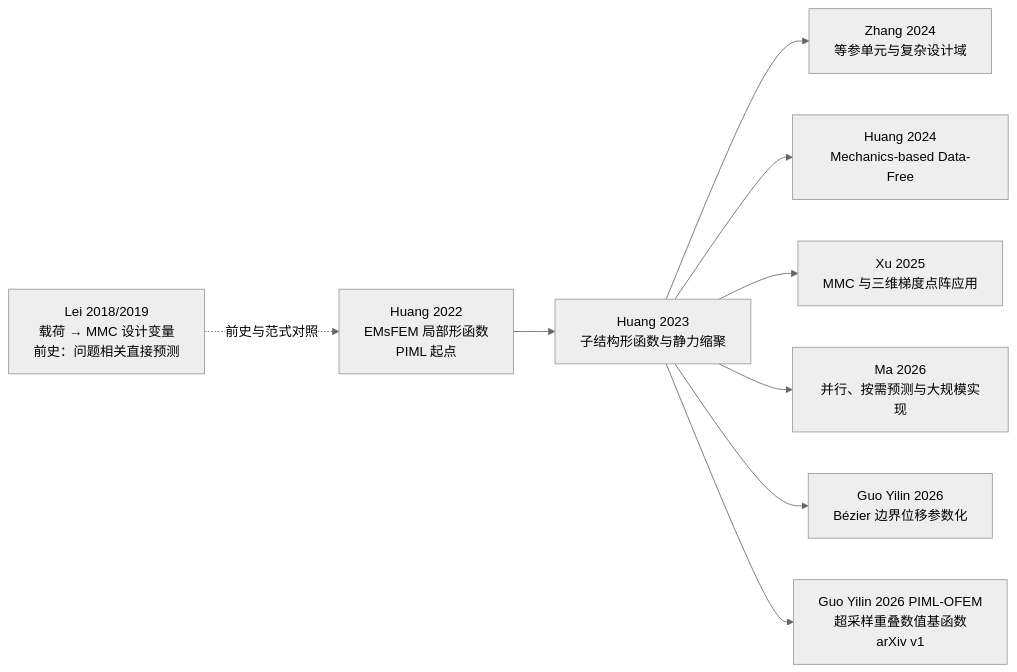
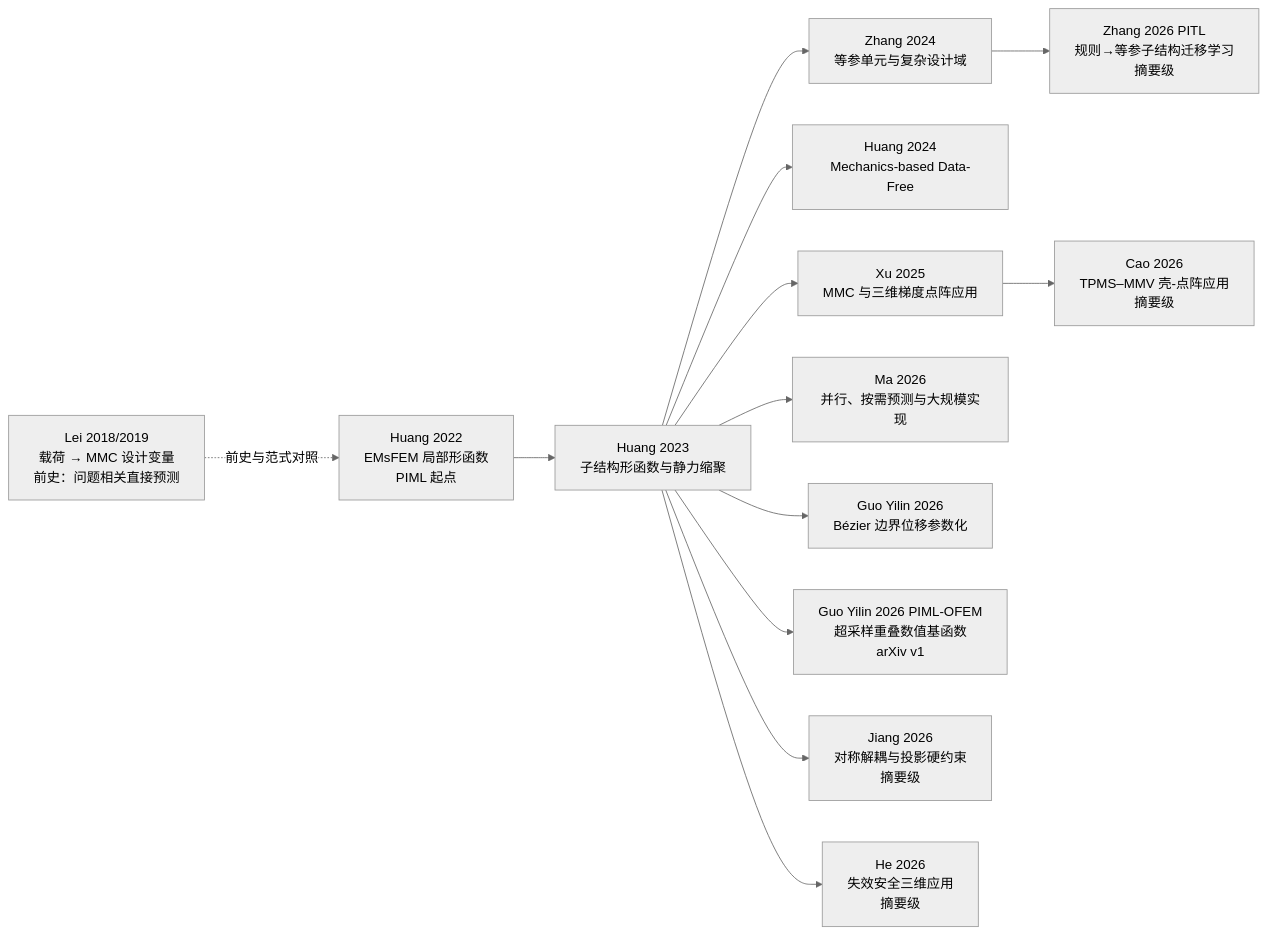
The second of 2 diagrams in concepts/piml/piml-paradigm.md (brighthe/dut-postdoc), drawn with Mermaid (neutral theme) before and after one commit. The commit also changed other lines of this file and 269 other files, not shown here.

````diff
--- a/concepts/piml/piml-paradigm.md
+++ b/concepts/piml/piml-paradigm.md
@@ -304,21 +298,29 @@
 ```mermaid
 flowchart LR
     A["Lei 2018/2019<br/>载荷 → MMC 设计变量<br/>前史：问题相关直接预测"]
     B["Huang 2022<br/>EMsFEM 局部形函数<br/>PIML 起点"]
     C["Huang 2023<br/>子结构形函数与静力缩聚"]
     D["Zhang 2024<br/>等参单元与复杂设计域"]
     E["Huang 2024<br/>Mechanics-based Data-Free"]
     F["Xu 2025<br/>MMC 与三维梯度点阵应用"]
     G["Ma 2026<br/>并行、按需预测与大规模实现"]
     H["Guo Yilin 2026<br/>Bézier 边界位移参数化"]
     I["Guo Yilin 2026 PIML-OFEM<br/>超采样重叠数值基函数<br/>arXiv v1"]
+    J["Jiang 2026<br/>对称解耦与投影硬约束<br/>摘要级"]
+    K["Zhang 2026 PITL<br/>规则→等参子结构迁移学习<br/>摘要级"]
+    L["He 2026<br/>失效安全三维应用<br/>摘要级"]
+    M["Cao 2026<br/>TPMS–MMV 壳-点阵应用<br/>摘要级"]
 
     A -. 前史与范式对照 .-> B
     B --> C
     C --> D
     C --> E
     C --> F
     C --> G
     C --> H
     C --> I
+    C --> J
+    D --> K
+    C --> L
+    F --> M
 ```
````
